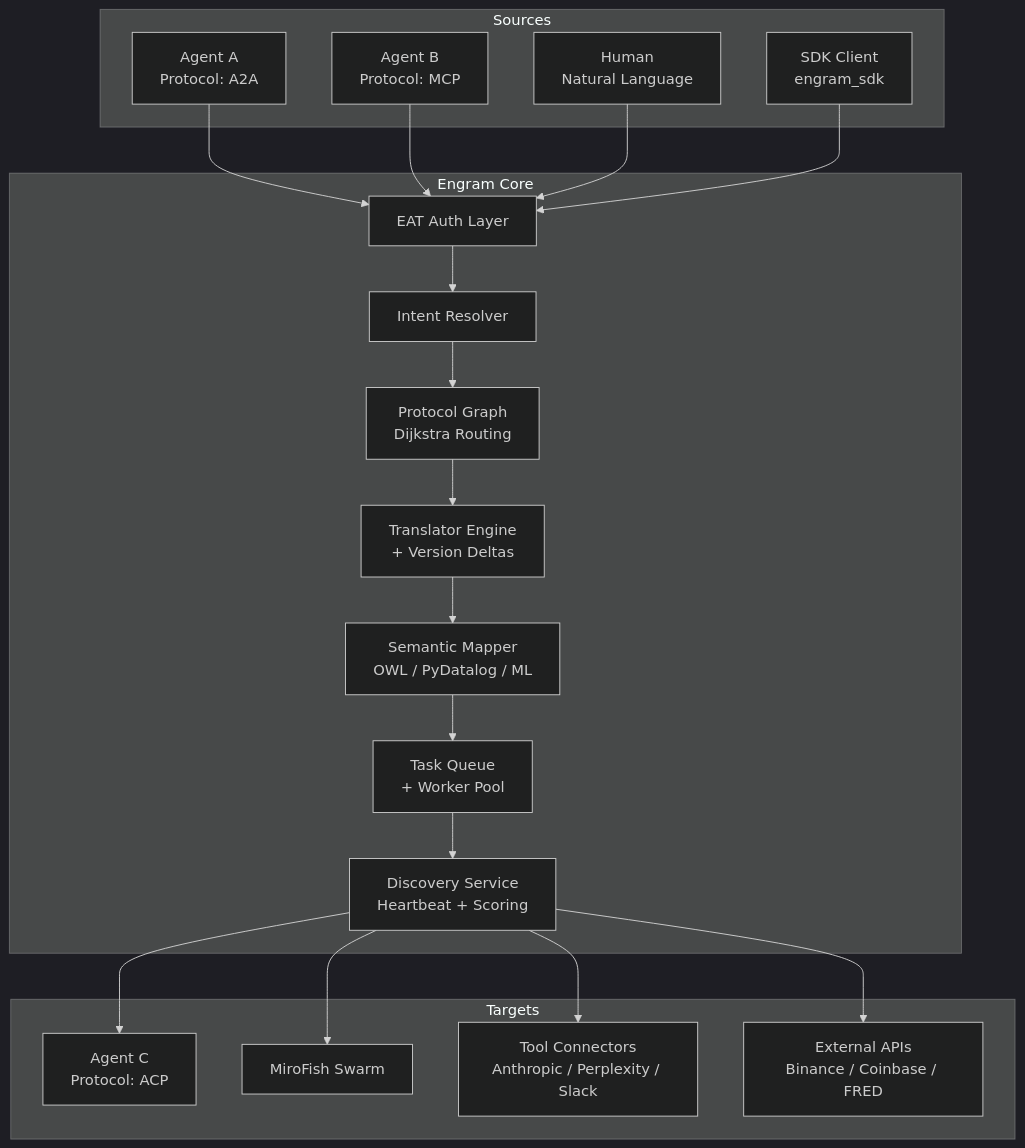
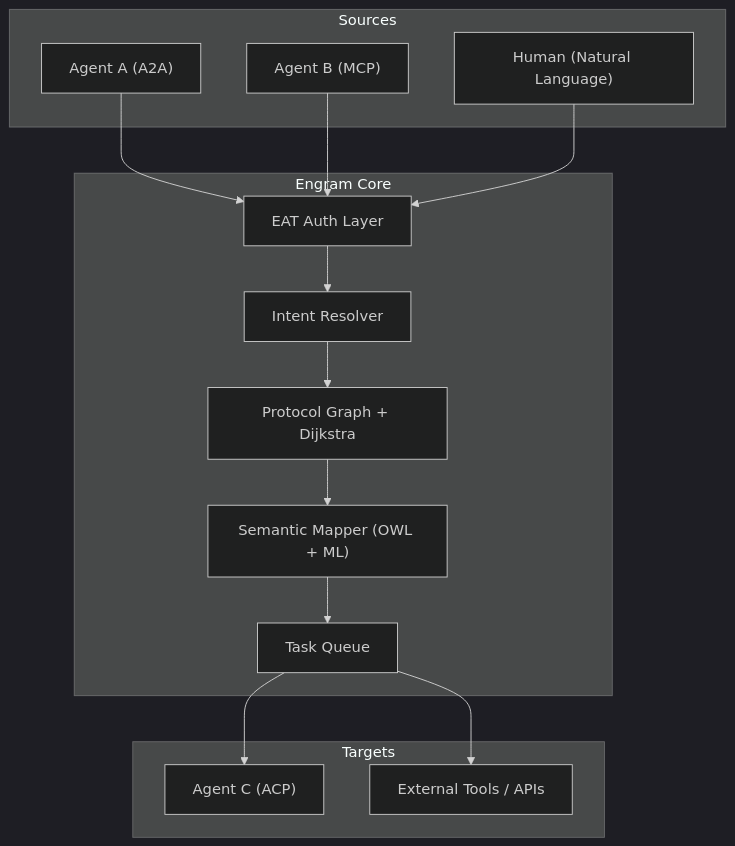
The first of 17 diagrams in README.md (kwstx/translator_middleware), drawn with Mermaid (dark theme) before and after one commit. The commit also changed other lines of this file, not shown here.

````diff
--- a/README.md
+++ b/README.md
@@ -30,41 +150,28 @@
 ```mermaid
 flowchart TB
-    subgraph "Sources"
-        AG1["Agent A<br/>Protocol: A2A"]
-        AG2["Agent B<br/>Protocol: MCP"]
-        NL["Human<br/>Natural Language"]
-        SDK["SDK Client<br/>engram_sdk"]
+    subgraph Sources
+        AG1["Agent A (A2A)"]
+        AG2["Agent B (MCP)"]
+        NL["Human (Natural Language)"]
     end
-
-    subgraph "Engram Core"
+    subgraph Engram Core
         AUTH["EAT Auth Layer"]
         IR["Intent Resolver"]
-        PG["Protocol Graph<br/>Dijkstra Routing"]
-        TE["Translator Engine<br/>+ Version Deltas"]
-        SM["Semantic Mapper<br/>OWL / PyDatalog / ML"]
-        TQ["Task Queue<br/>+ Worker Pool"]
-        DS["Discovery Service<br/>Heartbeat + Scoring"]
+        PG["Protocol Graph + Dijkstra"]
+        SM["Semantic Mapper (OWL + ML)"]
+        TQ["Task Queue"]
     end
-
-    subgraph "Targets"
-        AG3["Agent C<br/>Protocol: ACP"]
-        MF["MiroFish Swarm"]
-        TOOL["Tool Connectors<br/>Anthropic / Perplexity / Slack"]
-        API["External APIs<br/>Binance / Coinbase / FRED"]
+    subgraph Targets
+        AG3["Agent C (ACP)"]
+        TOOL["External Tools / APIs"]
     end
-
     AG1 --> AUTH
     AG2 --> AUTH
     NL --> AUTH
-    SDK --> AUTH
     AUTH --> IR
     IR --> PG
-    PG --> TE
-    TE --> SM
+    PG --> SM
     SM --> TQ
-    TQ --> DS
-    DS --> AG3
-    DS --> MF
-    DS --> TOOL
-    DS --> API
+    TQ --> AG3
+    TQ --> TOOL
 ```
````
